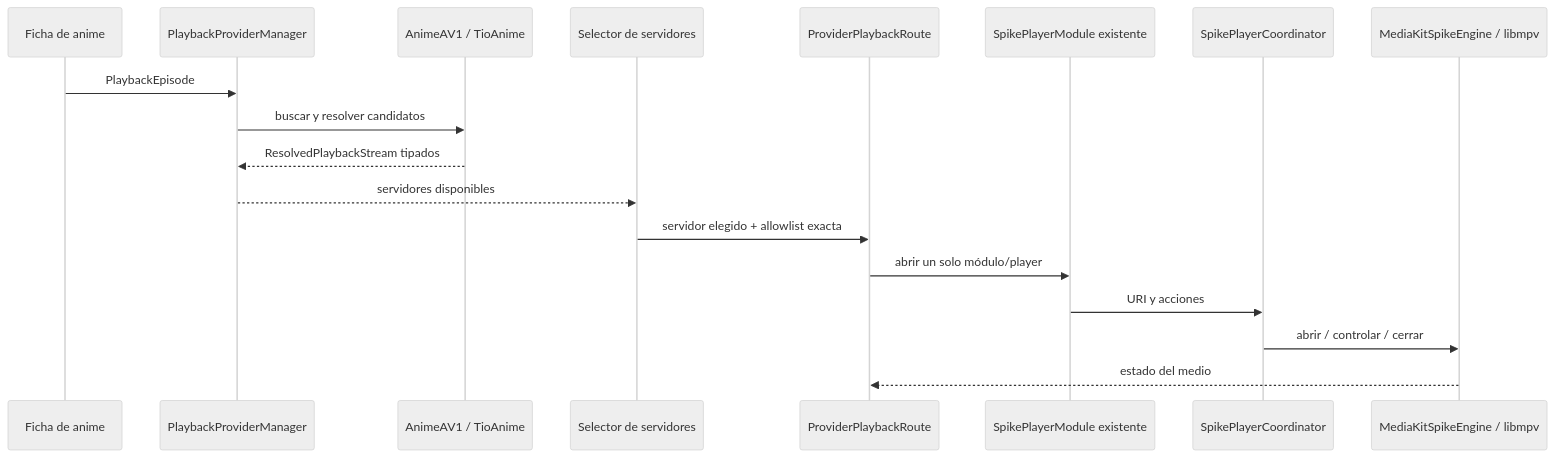
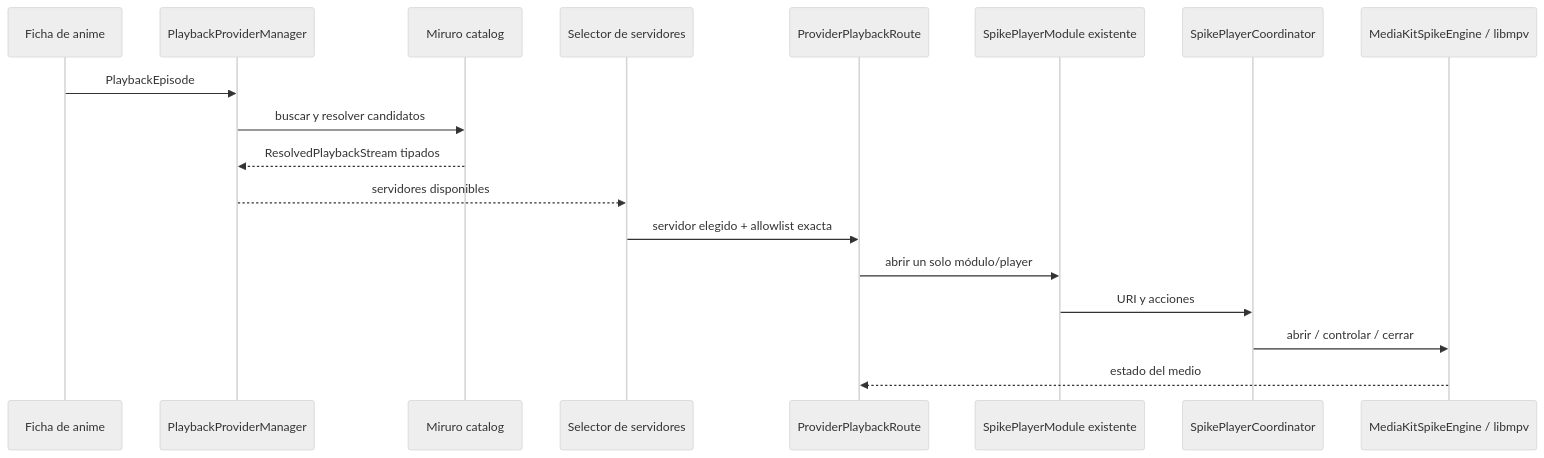
Before and after one commit to kurogamishuen15/AnimeApp-Dev: the fifth of 5 diagrams in ARCHITECTURE.md, drawn with Mermaid (neutral theme). The commit also changed other lines of this file and 159 other files, not shown here.

````diff
--- a/ARCHITECTURE.md
+++ b/ARCHITECTURE.md
@@ -114,20 +114,20 @@
 ```mermaid
 sequenceDiagram
   participant Detail as Ficha de anime
   participant Catalog as PlaybackProviderManager
-  participant Site as AnimeAV1 / TioAnime
+  participant Site as Miruro catalog
   participant Picker as Selector de servidores
   participant Route as ProviderPlaybackRoute
   participant Module as SpikePlayerModule existente
   participant Coordinator as SpikePlayerCoordinator
   participant Engine as MediaKitSpikeEngine / libmpv
   Detail->>Catalog: PlaybackEpisode
   Catalog->>Site: buscar y resolver candidatos
   Site-->>Catalog: ResolvedPlaybackStream tipados
   Catalog-->>Picker: servidores disponibles
   Picker->>Route: servidor elegido + allowlist exacta
   Route->>Module: abrir un solo módulo/player
   Module->>Coordinator: URI y acciones
   Coordinator->>Engine: abrir / controlar / cerrar
   Engine-->>Route: estado del medio
 ```
````
